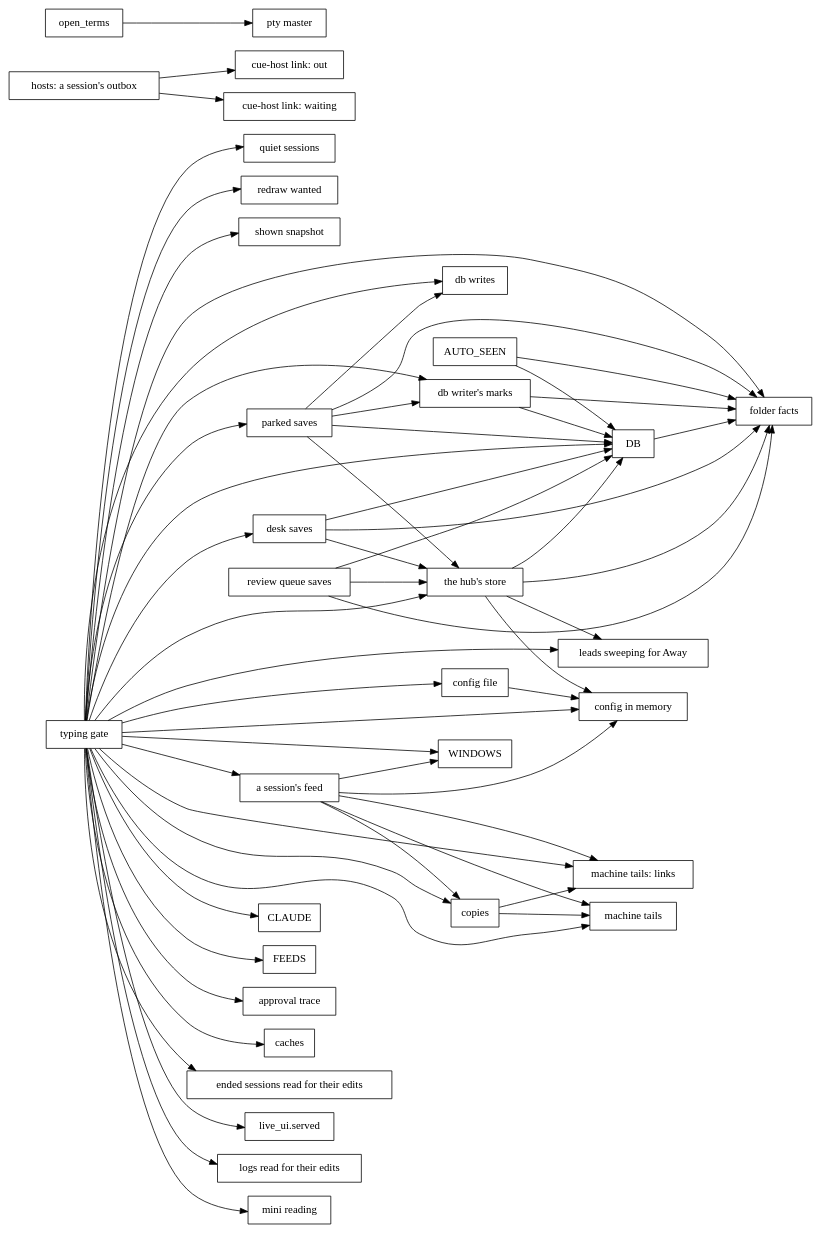
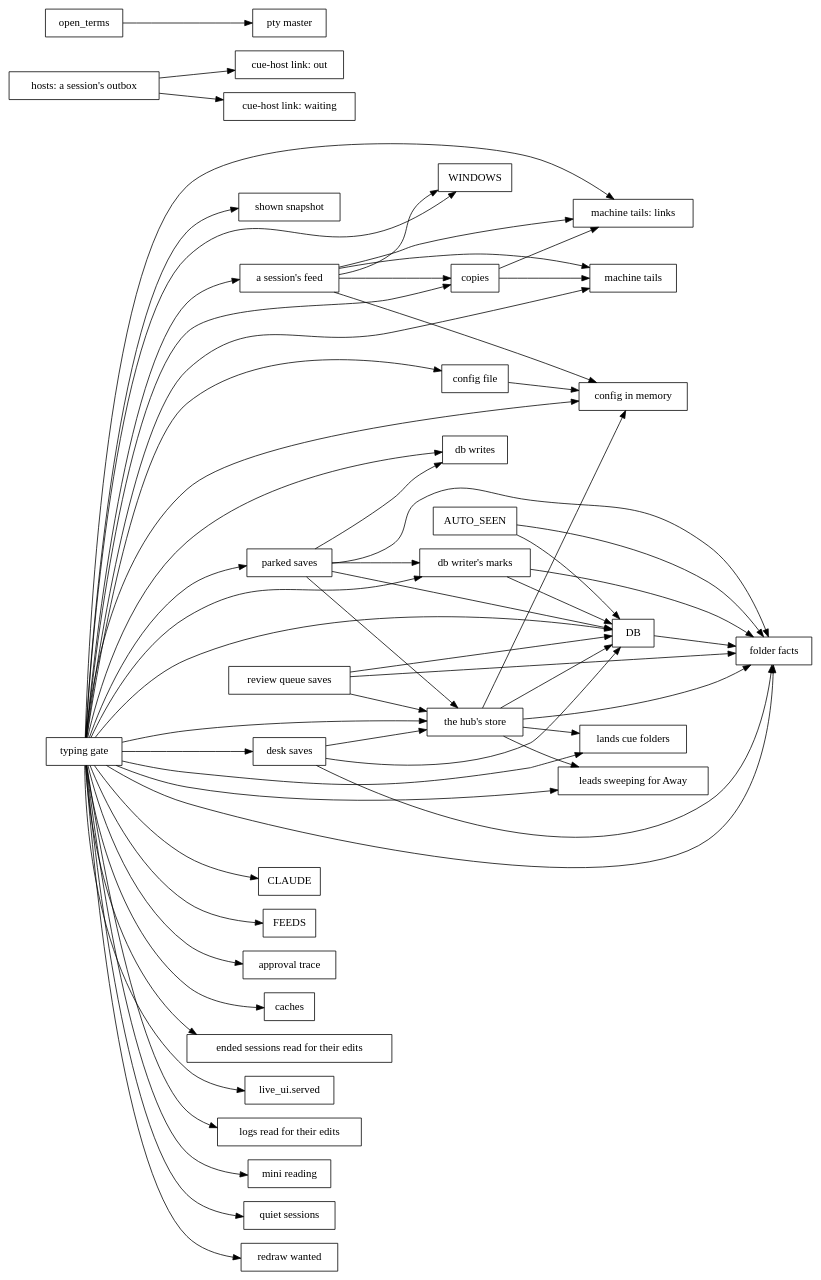
Before and after one commit to spacegrowth/cue: the diagram in docs/dev/lock-graph.dot, drawn with Graphviz. The commit also changed 1 other file, not shown here.

Commit message:
Inventory and lock graph regenerated for the Desk split (#294)

```diff
--- a/docs/dev/lock-graph.dot
+++ b/docs/dev/lock-graph.dot
@@ -1,62 +1,64 @@
 // Generated by `cargo run -p xtask -- inventory`; don't edit by hand.
 digraph locks {
   rankdir=LR;
   node [shape=box];
   "AUTO_SEEN" -> "DB";
   "AUTO_SEEN" -> "folder facts";
   "DB" -> "folder facts";
   "a session's feed" -> "WINDOWS";
   "a session's feed" -> "config in memory";
   "a session's feed" -> "copies";
   "a session's feed" -> "machine tails";
   "a session's feed" -> "machine tails: links";
   "config file" -> "config in memory";
   "copies" -> "machine tails";
   "copies" -> "machine tails: links";
   "db writer's marks" -> "DB";
   "db writer's marks" -> "folder facts";
   "desk saves" -> "DB";
   "desk saves" -> "folder facts";
   "desk saves" -> "the hub's store";
   "hosts: a session's outbox" -> "cue-host link: out";
   "hosts: a session's outbox" -> "cue-host link: waiting";
   "open_terms" -> "pty master";
   "parked saves" -> "DB";
   "parked saves" -> "db writer's marks";
   "parked saves" -> "db writes";
   "parked saves" -> "folder facts";
   "parked saves" -> "the hub's store";
   "review queue saves" -> "DB";
   "review queue saves" -> "folder facts";
   "review queue saves" -> "the hub's store";
   "the hub's store" -> "DB";
   "the hub's store" -> "config in memory";
   "the hub's store" -> "folder facts";
+  "the hub's store" -> "lands cue folders";
   "the hub's store" -> "leads sweeping for Away";
   "typing gate" -> "CLAUDE";
   "typing gate" -> "DB";
   "typing gate" -> "FEEDS";
   "typing gate" -> "WINDOWS";
   "typing gate" -> "a session's feed";
   "typing gate" -> "approval trace";
   "typing gate" -> "caches";
   "typing gate" -> "config file";
   "typing gate" -> "config in memory";
   "typing gate" -> "copies";
   "typing gate" -> "db writer's marks";
   "typing gate" -> "db writes";
   "typing gate" -> "desk saves";
   "typing gate" -> "ended sessions read for their edits";
   "typing gate" -> "folder facts";
+  "typing gate" -> "lands cue folders";
   "typing gate" -> "leads sweeping for Away";
   "typing gate" -> "live_ui.served";
   "typing gate" -> "logs read for their edits";
   "typing gate" -> "machine tails";
   "typing gate" -> "machine tails: links";
   "typing gate" -> "mini reading";
   "typing gate" -> "parked saves";
   "typing gate" -> "quiet sessions";
   "typing gate" -> "redraw wanted";
   "typing gate" -> "shown snapshot";
   "typing gate" -> "the hub's store";
 }
```
